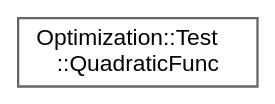
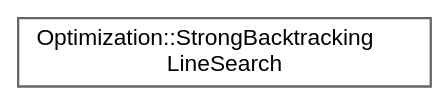
One commit to jswoo0615/Algorithms_for_Optimization_cpp changed the diagram in inherit_graph_17.dot. Above: the diagram before and after it, drawn with Graphviz. The commit also changed 39 other files, not shown here.

```diff
--- a/inherit_graph_17.dot
+++ b/inherit_graph_17.dot
@@ -1,9 +1,9 @@
 digraph "Graphical Class Hierarchy"
 {
  // LATEX_PDF_SIZE
   bgcolor="transparent";
   edge [fontname=Helvetica,fontsize=10,labelfontname=Helvetica,labelfontsize=10];
   node [fontname=Helvetica,fontsize=10,shape=box,height=0.2,width=0.4];
   rankdir="LR";
-  Node0 [id="Node000000",label="Optimization::Test\l::QuadraticFunc",height=0.2,width=0.4,color="grey40", fillcolor="white", style="filled",URL="$structOptimization_1_1Test_1_1QuadraticFunc.html",tooltip=" "];
+  Node0 [id="Node000000",label="Optimization::StrongBacktracking\lLineSearch",height=0.2,width=0.4,color="grey40", fillcolor="white", style="filled",URL="$classOptimization_1_1StrongBacktrackingLineSearch.html",tooltip="[Chapter 4] Algorithm 4.3 : Strong Backtracking Line Search Armijo (충분 감소) 조건과 Strong Curvature (강한 곡..."];
 }
```
